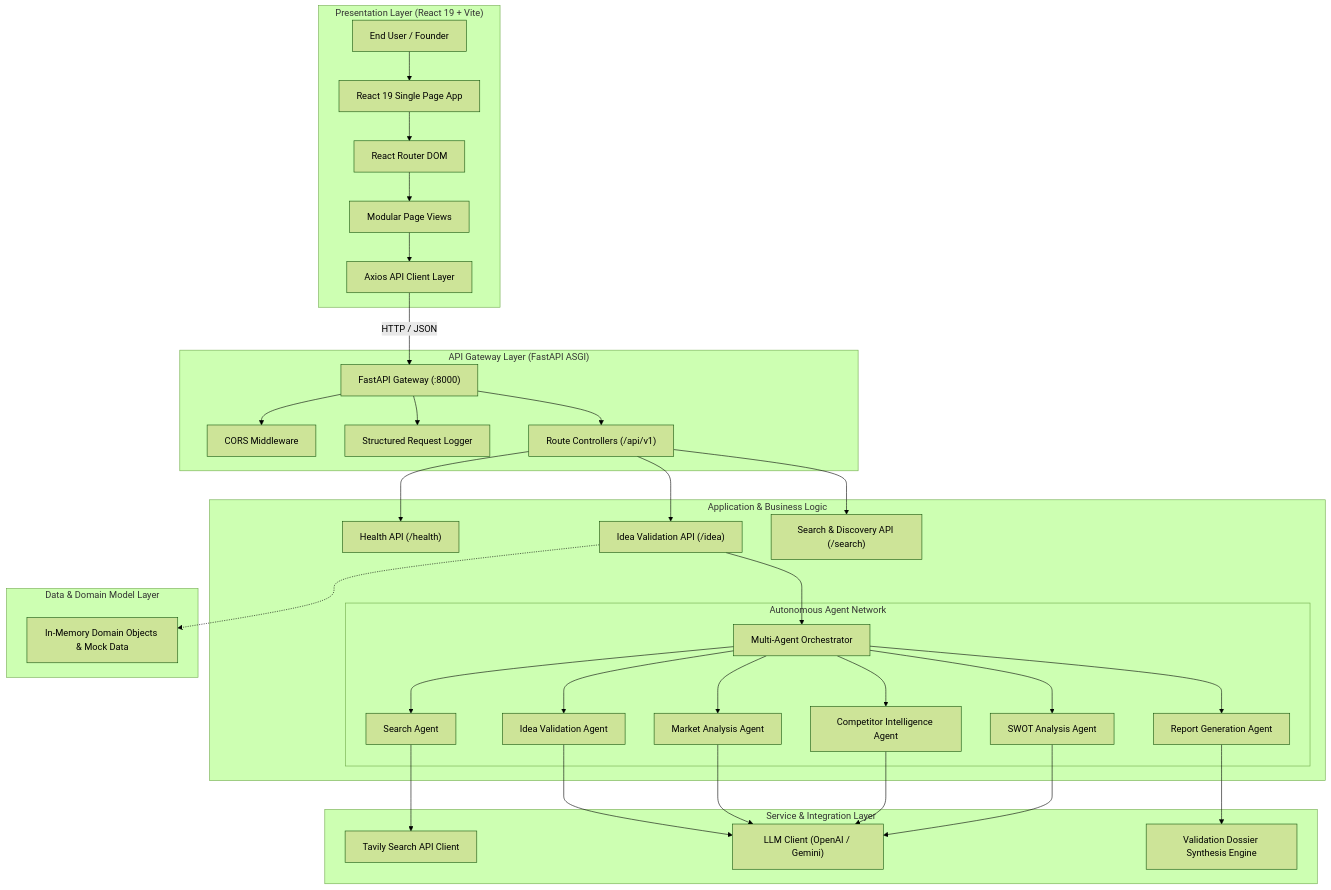
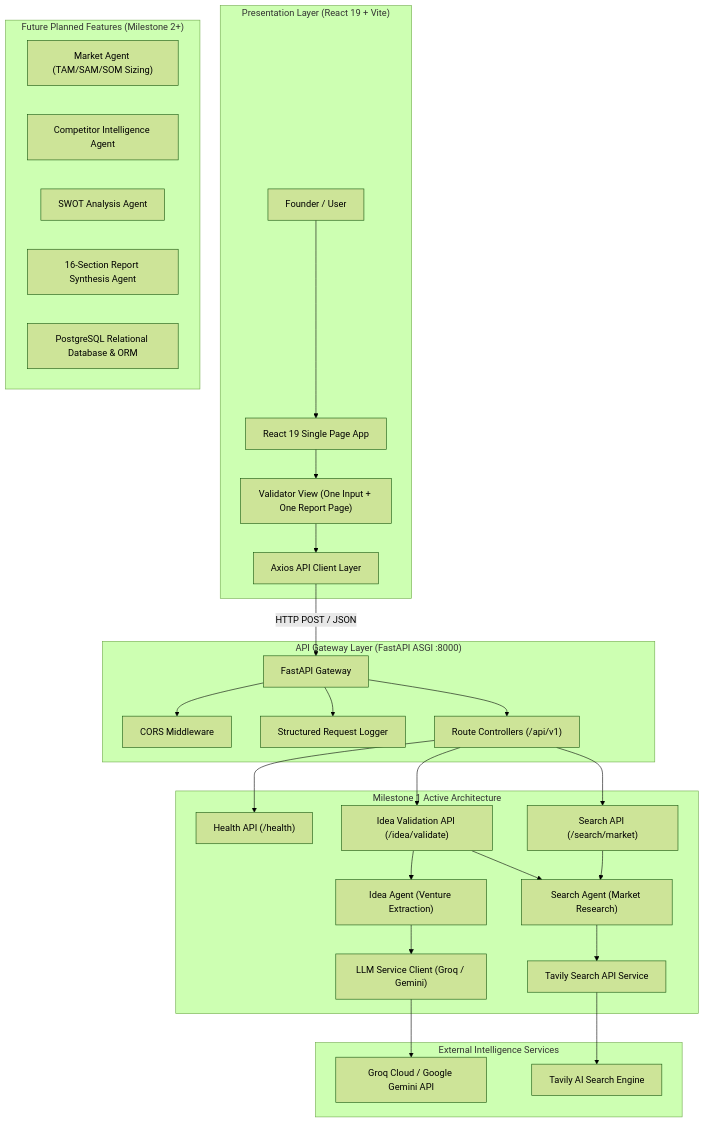
One commit to lakshyasinghal08/AI-Startup-Idea-Validator changed the diagram in docs/architecture.md. Above: the diagram before and after it, drawn with Mermaid (forest theme). The commit also changed other lines of this file and 33 other files, not shown here.

Commit message:
update llm and tavily api

````diff
--- a/docs/architecture.md
+++ b/docs/architecture.md
@@ -12,47 +17,41 @@
 ```mermaid
 graph TB
     subgraph ClientTier ["Presentation Layer (React 19 + Vite)"]
-        User["End User / Founder"] --> SPA["React 19 Single Page App"]
-        SPA --> Router["React Router DOM"]
-        Router --> Views["Modular Page Views"]
-        Views --> AxiosClient["Axios API Client Layer"]
+        User["Founder / User"] --> SPA["React 19 Single Page App"]
+        SPA --> ValidatorView["Validator View (One Input + One Report Page)"]
+        ValidatorView --> AxiosClient["Axios API Client Layer"]
     end
 
-    subgraph GatewayTier ["API Gateway Layer (FastAPI ASGI)"]
-        AxiosClient -->|HTTP / JSON| FastAPIGateway["FastAPI Gateway (:8000)"]
+    subgraph GatewayTier ["API Gateway Layer (FastAPI ASGI :8000)"]
+        AxiosClient -->|HTTP POST / JSON| FastAPIGateway["FastAPI Gateway"]
         FastAPIGateway --> CORSMiddleware["CORS Middleware"]
         FastAPIGateway --> RequestLogging["Structured Request Logger"]
         FastAPIGateway --> RouteControllers["Route Controllers (/api/v1)"]
     end
 
-    subgraph ApplicationLogic ["Application & Business Logic"]
+    subgraph CoreMilestone1 ["Milestone 1 Active Architecture"]
         RouteControllers --> HealthRoute["Health API (/health)"]
-        RouteControllers --> IdeaRoute["Idea Validation API (/idea)"]
-        RouteControllers --> SearchRoute["Search & Discovery API (/search)"]
+        RouteControllers --> IdeaRoute["Idea Validation API (/idea/validate)"]
+        RouteControllers --> SearchRoute["Search API (/search/market)"]
         
-        IdeaRoute --> AgentOrchestrator["Multi-Agent Orchestrator"]
+        IdeaRoute --> IdeaAgent["Idea Agent (Venture Extraction)"]
+        IdeaRoute --> SearchAgent["Search Agent (Market Research)"]
+        SearchRoute --> SearchAgent
         
-        subgraph AgentNetwork ["Autonomous Agent Network"]
-            AgentOrchestrator --> SearchAgent["Search Agent"]
-            AgentOrchestrator --> IdeaAgent["Idea Validation Agent"]
-            AgentOrchestrator --> MarketAgent["Market Analysis Agent"]
-            AgentOrchestrator --> CompetitorAgent["Competitor Intelligence Agent"]
-            AgentOrchestrator --> SWOTAgent["SWOT Analysis Agent"]
-            AgentOrchestrator --> ReportAgent["Report Generation Agent"]
-        end
+        IdeaAgent --> LLMService["LLM Service Client (Groq / Gemini)"]
+        SearchAgent --> TavilyService["Tavily Search API Service"]
     end
 
-    subgraph ServiceLayer ["Service & Integration Layer"]
-        SearchAgent --> TavilyClient["Tavily Search API Client"]
-        IdeaAgent --> LLMClient["LLM Client (OpenAI / Gemini)"]
-        MarketAgent --> LLMClient
-        CompetitorAgent --> LLMClient
-        SWOTAgent --> LLMClient
-        ReportAgent --> PDFRenderer["Validation Dossier Synthesis Engine"]
+    subgraph ExternalServices ["External Intelligence Services"]
+        LLMService --> GroqAPI["Groq Cloud / Google Gemini API"]
+        TavilyService --> TavilyAPI["Tavily AI Search Engine"]
     end
 
-    subgraph PersistenceLayer ["Data & Domain Model Layer"]
-        M1Store["In-Memory Domain Objects & Mock Data"]
-        IdeaRoute -.-> M1Store
+    subgraph FutureScope ["Future Planned Features (Milestone 2+)"]
+        MarketAgent["Market Agent (TAM/SAM/SOM Sizing)"]
+        CompetitorAgent["Competitor Intelligence Agent"]
+        SWOTAgent["SWOT Analysis Agent"]
+        ReportAgent["16-Section Report Synthesis Agent"]
+        PostgreSQL["PostgreSQL Relational Database & ORM"]
     end
 ```
````
